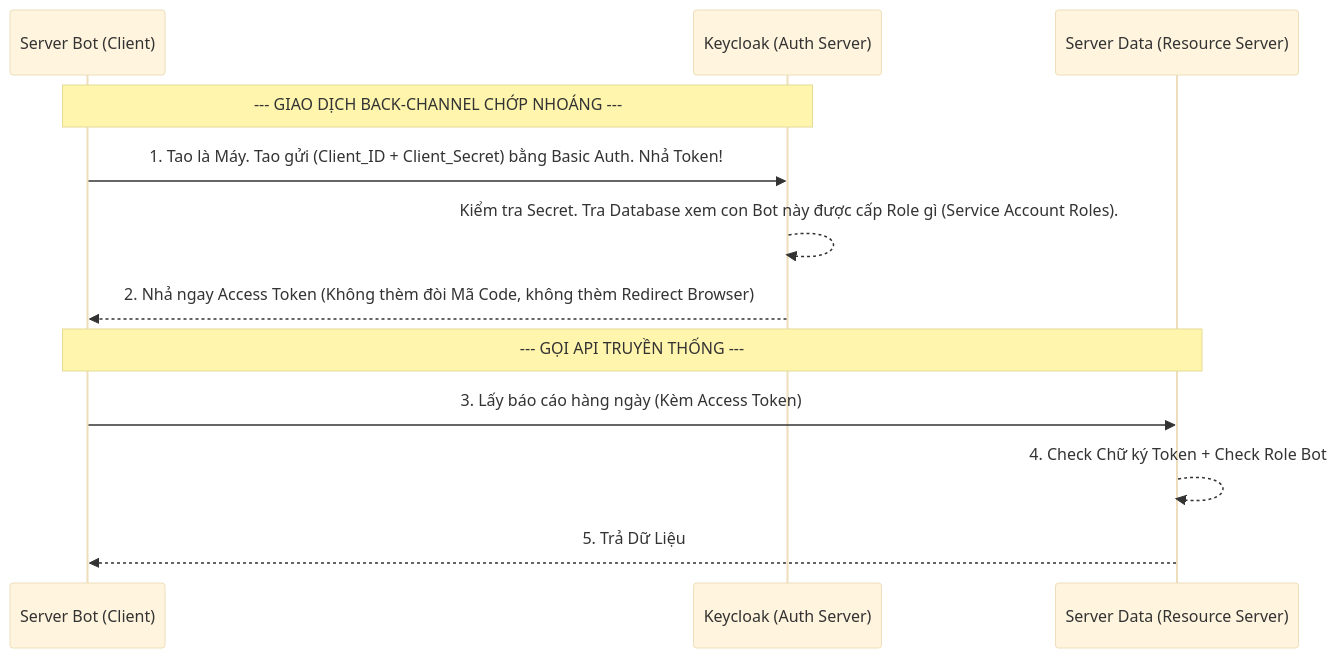
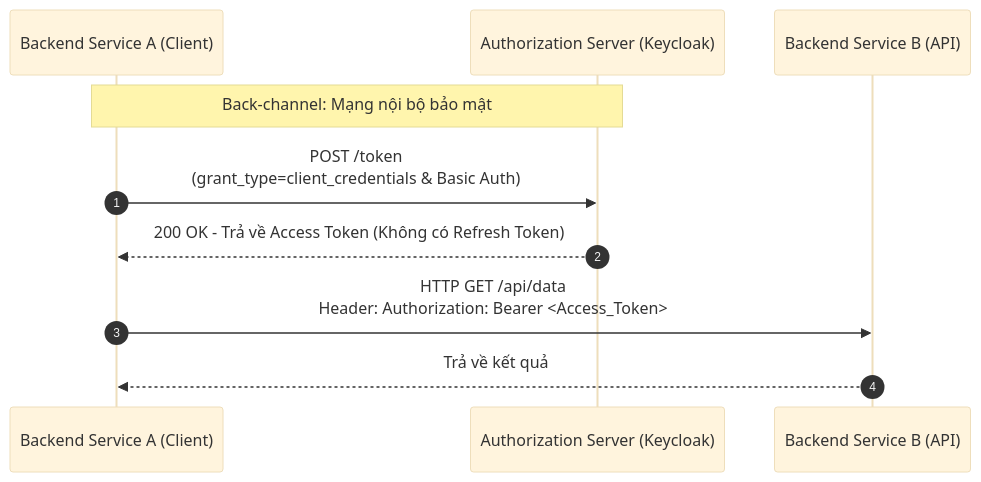
Before and after one commit to Luckyy0/keycloak: the diagram in 15-OAuth2/Module-1-Concepts/Lesson-5-Client-Credentials.md, drawn with Mermaid (base theme). The commit also changed other lines of this file and 215 other files, not shown here.

````diff
--- a/15-OAuth2/Module-1-Concepts/Lesson-5-Client-Credentials.md
+++ b/15-OAuth2/Module-1-Concepts/Lesson-5-Client-Credentials.md
@@ -28,16 +19,14 @@
 ```mermaid
 sequenceDiagram
-    participant Cron as Server Bot (Client)
-    participant KC as Keycloak (Auth Server)
-    participant API as Server Data (Resource Server)
+    autonumber
+    participant Client as Backend Service A (Client)
+    participant AS as Authorization Server (Keycloak)
+    participant RS as Backend Service B (API)
 
-    Note over Cron, KC: --- GIAO DỊCH BACK-CHANNEL CHỚP NHOÁNG ---
-    Cron->>KC: 1. Tao là Máy. Tao gửi (Client_ID + Client_Secret) bằng Basic Auth. Nhả Token!
-    KC-->>KC: Kiểm tra Secret. Tra Database xem con Bot này được cấp Role gì (Service Account Roles).
-    KC-->>Cron: 2. Nhả ngay Access Token (Không thèm đòi Mã Code, không thèm Redirect Browser)
+    Note over Client, AS: Back-channel: Mạng nội bộ bảo mật
+    Client->>AS: POST /token <br/> (grant_type=client_credentials & Basic Auth)
+    AS-->>Client: 200 OK - Trả về Access Token (Không có Refresh Token)
     
-    Note over Cron, API: --- GỌI API TRUYỀN THỐNG ---
-    Cron->>API: 3. Lấy báo cáo hàng ngày (Kèm Access Token)
-    API-->>API: 4. Check Chữ ký Token + Check Role Bot
-    API-->>Cron: 5. Trả Dữ Liệu
+    Client->>RS: HTTP GET /api/data <br/> Header: Authorization: Bearer <Access_Token>
+    RS-->>Client: Trả về kết quả
 ```
````
